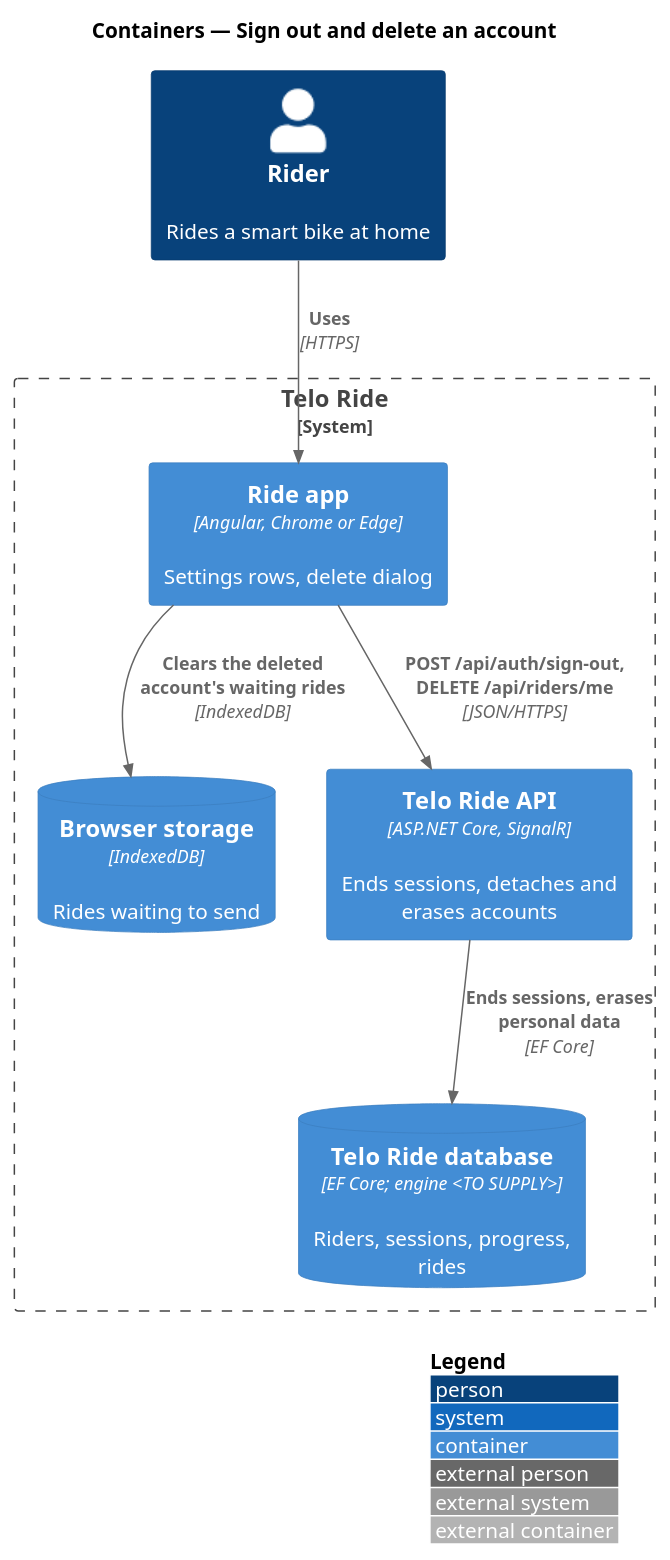
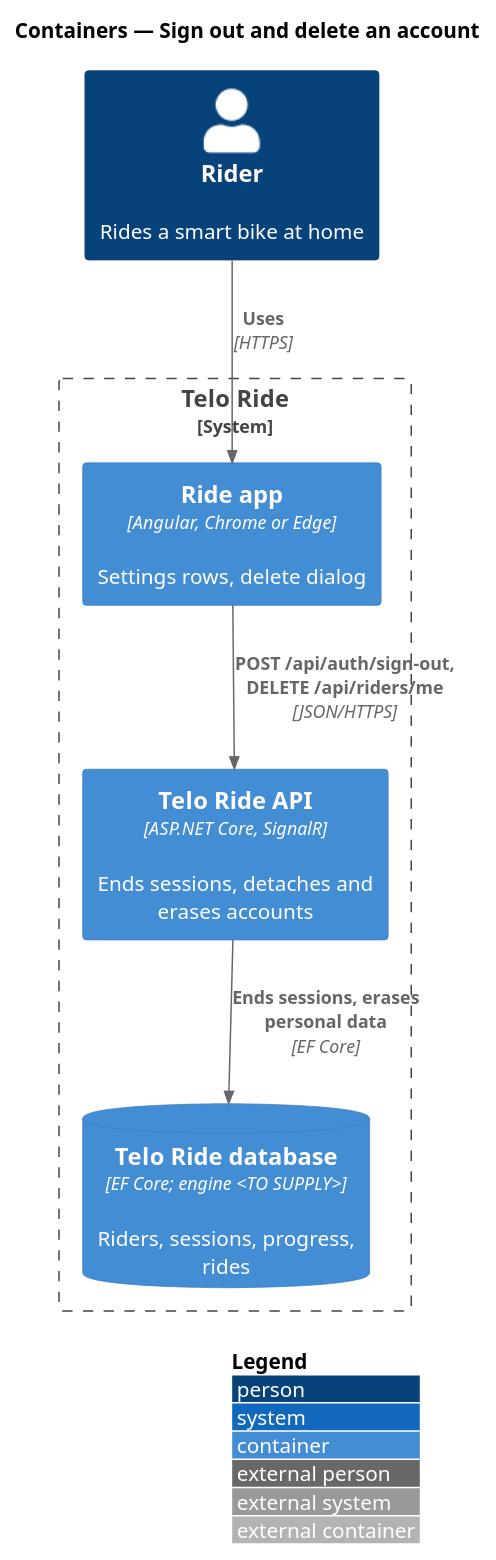
The diagram in docs/detailed-designs/accounts/sign-out-and-delete-an-account/diagrams/c4-container.puml (QuinntyneBrown/ride-one), drawn with PlantUML before and after one commit. The commit also changed 31 other files, not shown here.

```diff
--- a/docs/detailed-designs/accounts/sign-out-and-delete-an-account/diagrams/c4-container.puml
+++ b/docs/detailed-designs/accounts/sign-out-and-delete-an-account/diagrams/c4-container.puml
@@ -1,16 +1,14 @@
 @startuml
 !include <C4/C4_Container>
 LAYOUT_WITH_LEGEND()
 title Containers — Sign out and delete an account
 Person(rider, "Rider", "Rides a smart bike at home")
 System_Boundary(telo, "Telo Ride") {
   Container(app, "Ride app", "Angular, Chrome or Edge", "Settings rows, delete dialog")
-  ContainerDb(idb, "Browser storage", "IndexedDB", "Rides waiting to send")
   Container(api, "Telo Ride API", "ASP.NET Core, SignalR", "Ends sessions, detaches and erases accounts")
   ContainerDb(db, "Telo Ride database", "EF Core; engine <TO SUPPLY>", "Riders, sessions, progress, rides")
 }
 Rel(rider, app, "Uses", "HTTPS")
 Rel(app, api, "POST /api/auth/sign-out, DELETE /api/riders/me", "JSON/HTTPS")
-Rel(app, idb, "Clears the deleted account's waiting rides", "IndexedDB")
 Rel(api, db, "Ends sessions, erases personal data", "EF Core")
 @enduml
```
